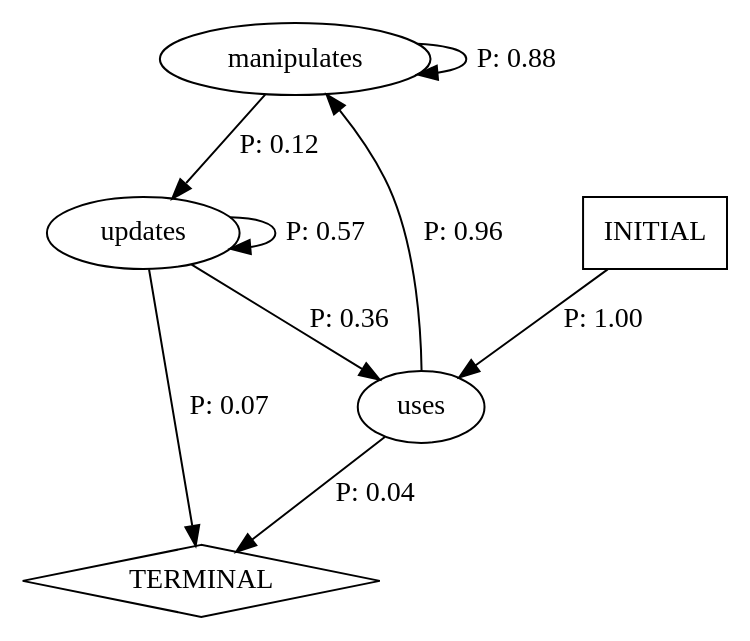
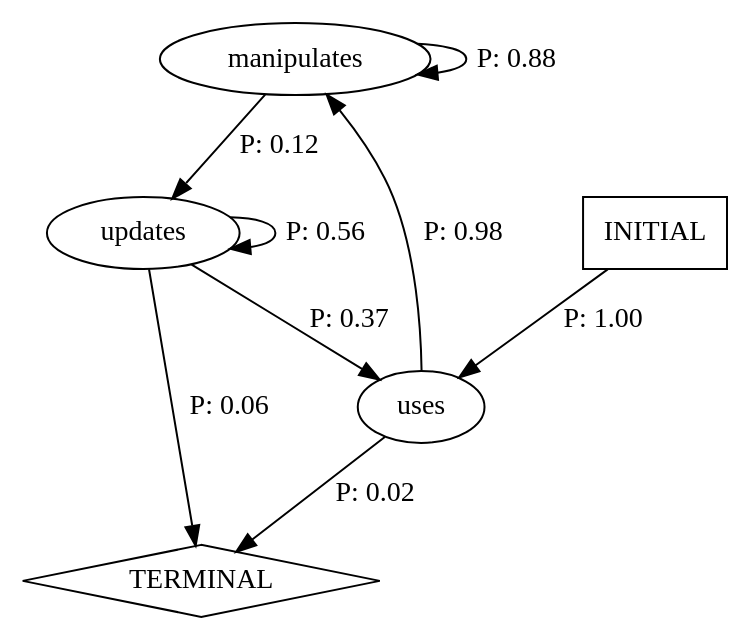
The diagram in tictactoe-v02/rowGameApp-arch.dot (pujthej/cs520_v01), drawn with Graphviz before and after one commit. The commit also changed 4 other files, not shown here.

```diff
--- a/tictactoe-v02/rowGameApp-arch.dot
+++ b/tictactoe-v02/rowGameApp-arch.dot
@@ -1,15 +1,15 @@
 digraph G {
   0 [label="manipulates"];
   1 [label="updates"];
   2 [label="uses"];
   3 [label="TERMINAL",shape=diamond];
   4 [label="INITIAL",shape=box];
 0->0 [label="P: 0.88"];
 0->1 [label="P: 0.12"];
-1->1 [label="P: 0.57"];
-1->2 [label="P: 0.36"];
-1->3 [label="P: 0.07"];
-2->0 [label="P: 0.96"];
-2->3 [label="P: 0.04"];
+1->1 [label="P: 0.56"];
+1->2 [label="P: 0.37"];
+1->3 [label="P: 0.06"];
+2->0 [label="P: 0.98"];
+2->3 [label="P: 0.02"];
 4->2 [label="P: 1.00"];
 }
```
